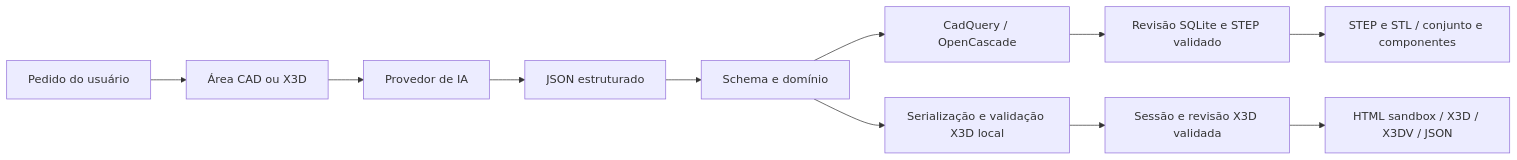
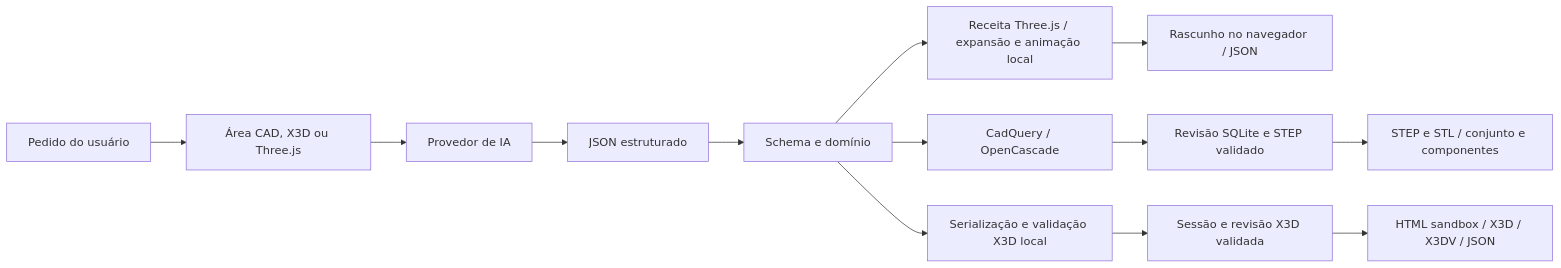
The diagram in docs/architecture.md (arthursantos67/MCPx3d), drawn with Mermaid before and after one commit. The commit also changed other lines of this file and 38 other files, not shown here.

````diff
--- a/docs/architecture.md
+++ b/docs/architecture.md
@@ -35,13 +35,15 @@
 ```mermaid
 flowchart LR
-  U[Pedido do usuário] --> W[Área CAD ou X3D]
+  U[Pedido do usuário] --> W[Área CAD, X3D ou Three.js]
   W --> A[Provedor de IA]
   A --> J[JSON estruturado]
   J --> D[Schema e domínio]
   D --> C[CadQuery / OpenCascade]
   D --> X[Serialização e validação X3D local]
+  D --> T[Receita Three.js / expansão e animação local]
+  T --> N[Rascunho no navegador / JSON]
   C --> S[Revisão SQLite e STEP validado]
   S --> E[STEP e STL / conjunto e componentes]
   X --> M[Sessão e revisão X3D validada]
   M --> V[HTML sandbox / X3D / X3DV / JSON]
 ```
````
